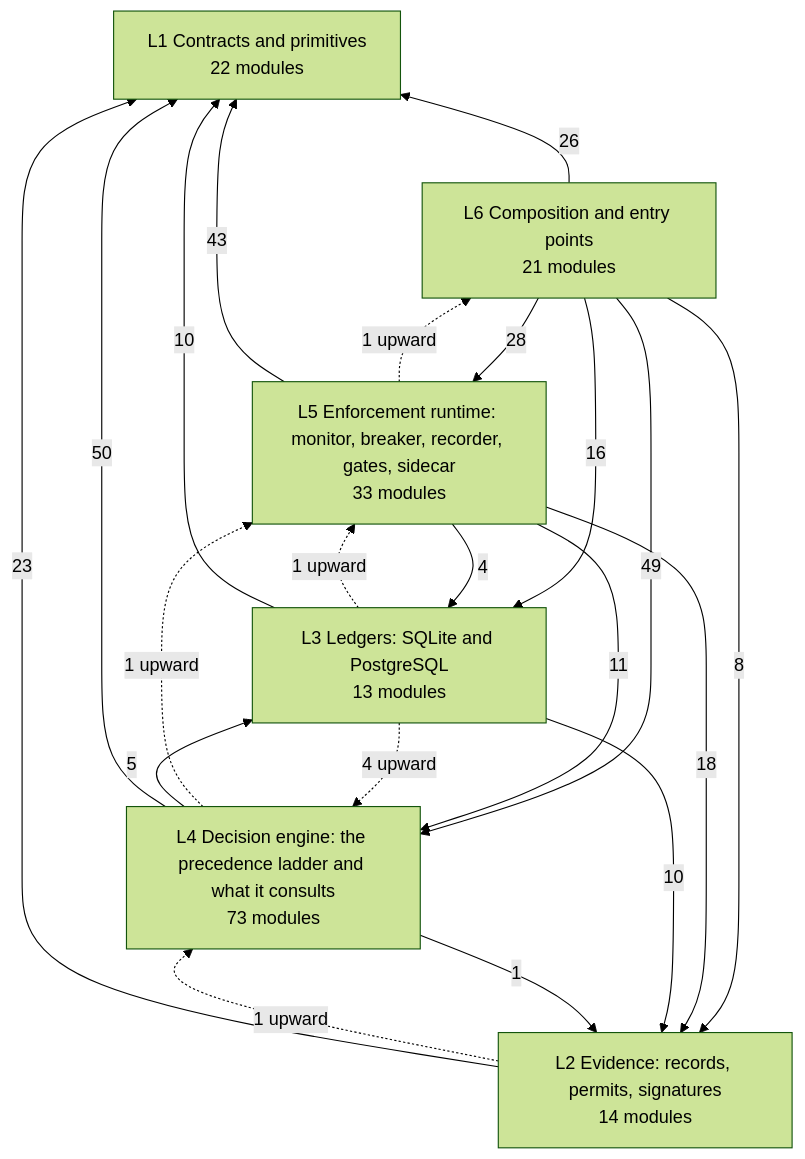
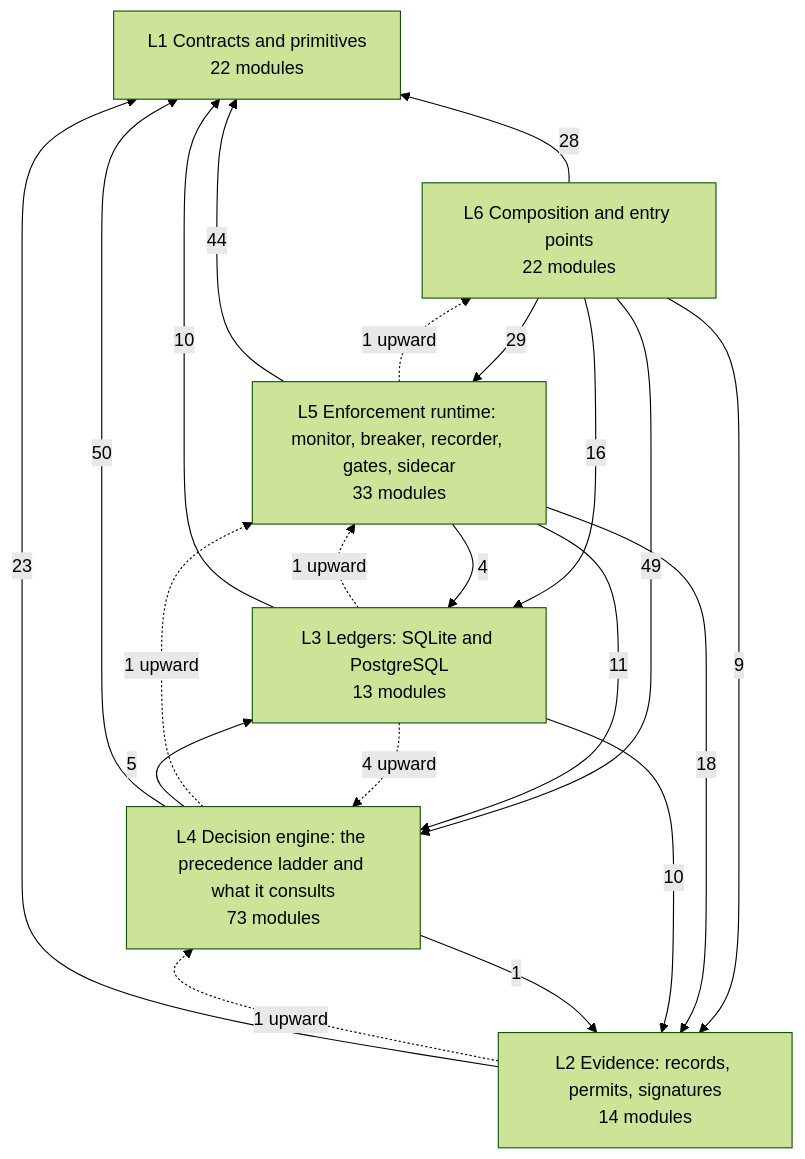
One commit to LOLA0786/privatevault-agent-dna changed the diagram in docs/architecture/DEPENDENCIES.md. Above: the diagram before and after it, drawn with Mermaid (forest theme). The commit also changed other lines of this file and 16 other files, not shown here.

````diff
--- a/docs/architecture/DEPENDENCIES.md
+++ b/docs/architecture/DEPENDENCIES.md
@@ -12,29 +12,29 @@
 ```mermaid
 flowchart BT
   L1["L1 Contracts and primitives<br/>22 modules"]
   L2["L2 Evidence: records, permits, signatures<br/>14 modules"]
   L3["L3 Ledgers: SQLite and PostgreSQL<br/>13 modules"]
   L4["L4 Decision engine: the precedence ladder and what it consults<br/>73 modules"]
   L5["L5 Enforcement runtime: monitor, breaker, recorder, gates, sidecar<br/>33 modules"]
-  L6["L6 Composition and entry points<br/>21 modules"]
+  L6["L6 Composition and entry points<br/>22 modules"]
   L2 -->|23| L1
   L3 -->|10| L1
   L3 -->|10| L2
   L4 -->|50| L1
   L4 -->|1| L2
   L4 -->|5| L3
-  L5 -->|43| L1
+  L5 -->|44| L1
   L5 -->|18| L2
   L5 -->|4| L3
   L5 -->|11| L4
-  L6 -->|26| L1
-  L6 -->|8| L2
+  L6 -->|28| L1
+  L6 -->|9| L2
   L6 -->|16| L3
   L6 -->|49| L4
-  L6 -->|28| L5
+  L6 -->|29| L5
   L2 -.->|1 upward| L4
   L3 -.->|4 upward| L4
   L3 -.->|1 upward| L5
   L4 -.->|1 upward| L5
   L5 -.->|1 upward| L6
 ```
````
